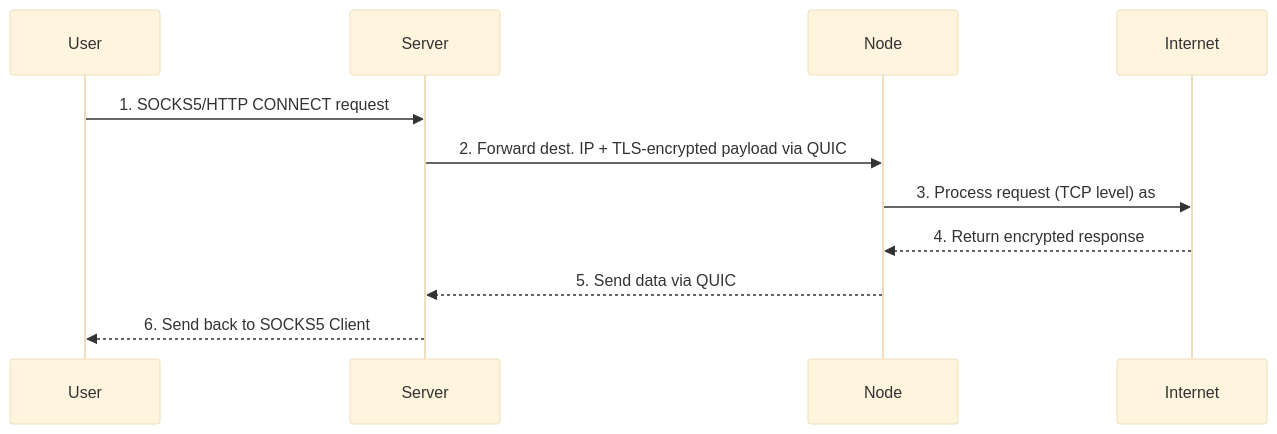
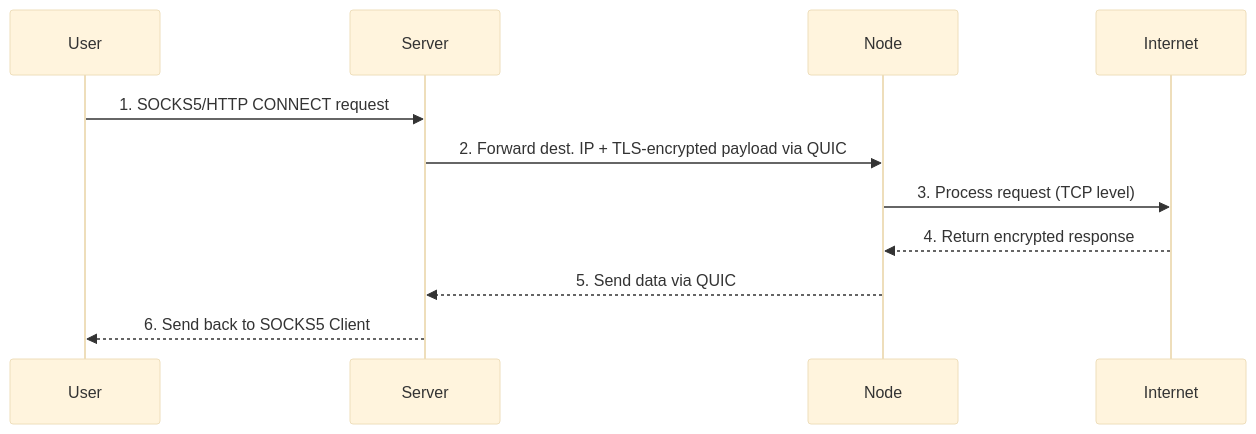
The second of 2 diagrams in README.md (L1shed/Turbo), drawn with Mermaid (base theme) before and after one commit. The commit also changed other lines of this file and 2 other files, not shown here.

````diff
--- a/README.md
+++ b/README.md
@@ -125,15 +125,15 @@
 ```mermaid
 sequenceDiagram
     participant SOCKS5_Client as User
     participant Proxy_Server as Server
     participant Proxy_Client as Node
     participant Internet as Internet
 
     SOCKS5_Client->>Proxy_Server: 1. SOCKS5/HTTP CONNECT request
     Proxy_Server->>Proxy_Client: 2. Forward dest. IP + TLS-encrypted payload via QUIC 
-    Proxy_Client->>Internet: 3. Process request (TCP level) as 
+    Proxy_Client->>Internet: 3. Process request (TCP level) 
     
     Internet-->>Proxy_Client: 4. Return encrypted response
     Proxy_Client-->>Proxy_Server: 5. Send data via QUIC
     Proxy_Server-->>SOCKS5_Client: 6. Send back to SOCKS5 Client
 ```
````
